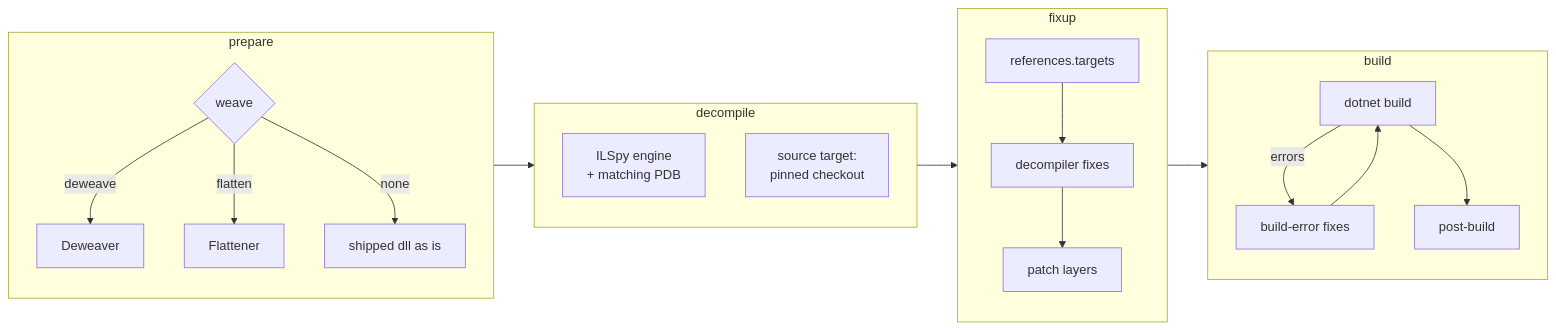
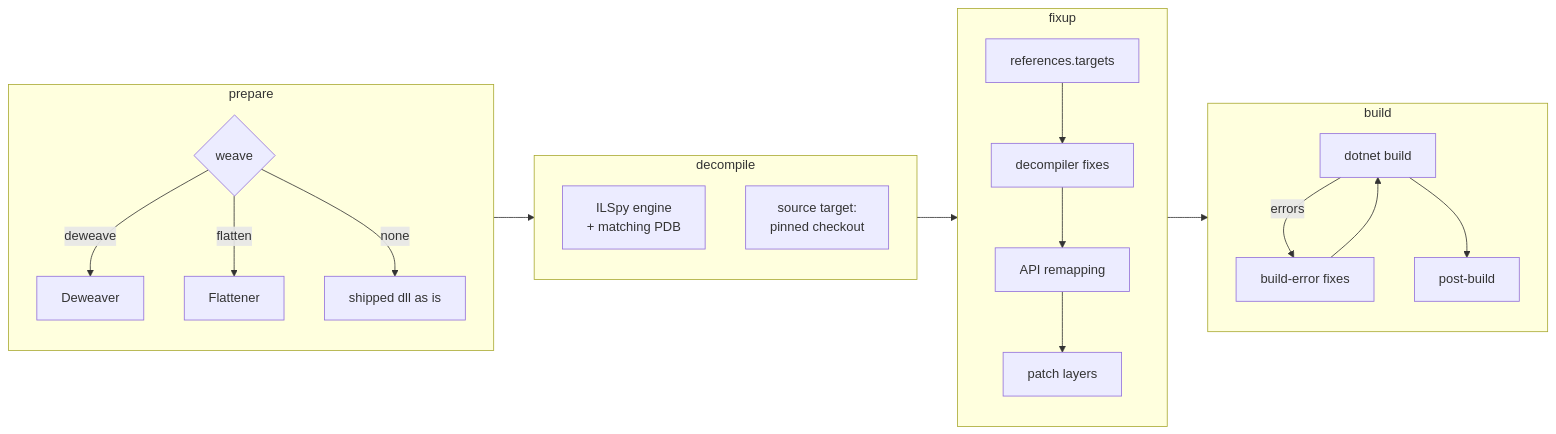
One commit to theR4K/Resonator changed the diagram in docs/pipeline.md. Above: the diagram before and after it, drawn with Mermaid. The commit also changed other lines of this file and 17 other files, not shown here.

First line of the commit message:
Pipeline: add symbol-based API remapping before patch layers

````diff
--- a/docs/pipeline.md
+++ b/docs/pipeline.md
@@ -7,21 +7,21 @@
 ```mermaid
 flowchart LR
     subgraph prepare
       P1{weave}
       P1 -->|deweave| D[Deweaver]
       P1 -->|flatten| F[Flattener]
       P1 -->|none| N[shipped dll as is]
     end
     subgraph decompile
       DC[ILSpy engine<br/>+ matching PDB]
       SC[source target:<br/>pinned checkout]
     end
     subgraph fixup
-      RT[references.targets] --> FX[decompiler fixes] --> PL[patch layers]
+      RT[references.targets] --> FX[decompiler fixes] --> RM[API remapping] --> PL[patch layers]
     end
     subgraph build
       B[dotnet build] -->|errors| BF[build-error fixes] --> B
       B --> PB[post-build]
     end
     prepare --> decompile --> fixup --> build
 ```
````
